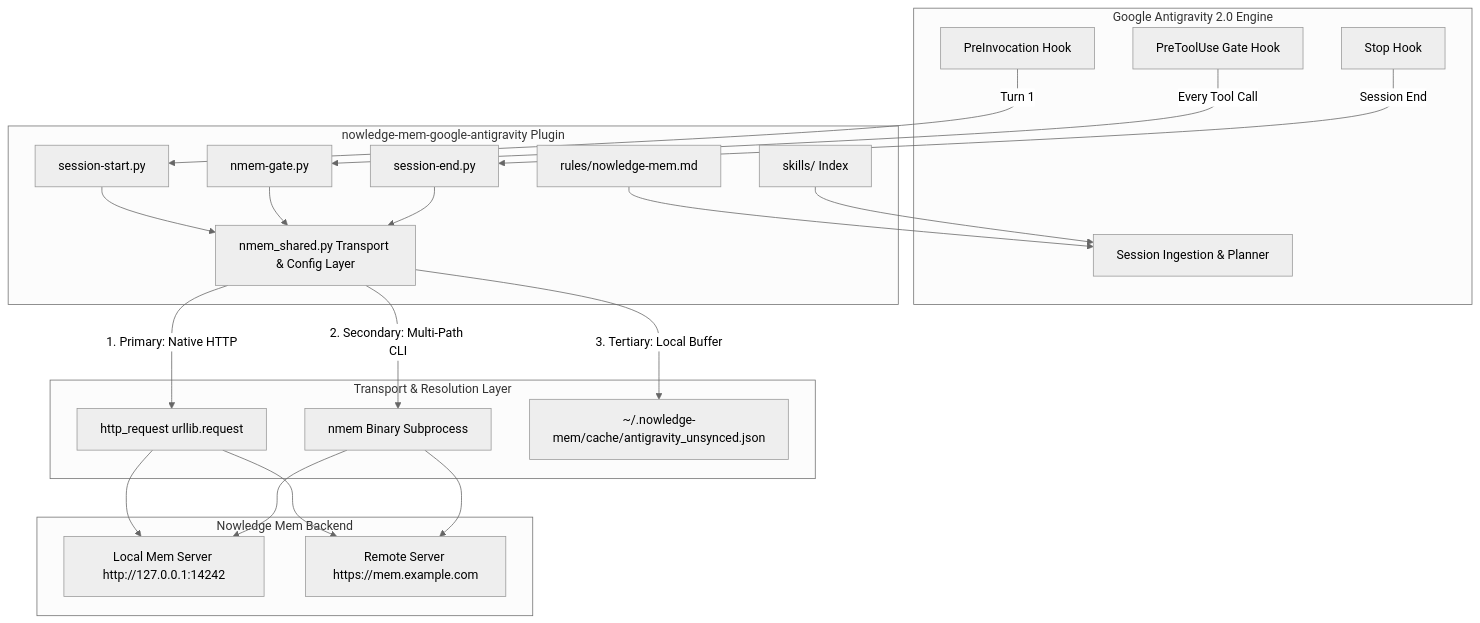
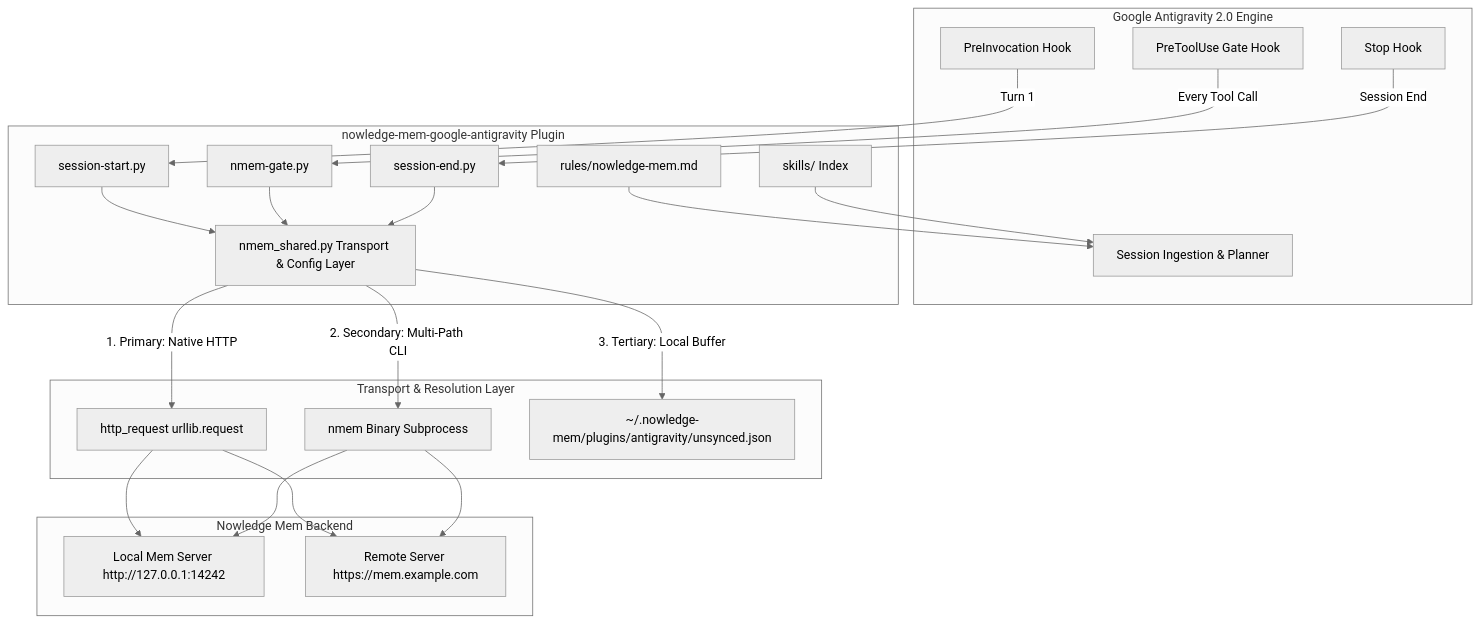
The first of 2 diagrams in ARCHITECTURE.md (nowledge-co/nowledge-mem-google-antigravity), drawn with Mermaid (neutral theme) before and after one commit. The commit also changed other lines of this file and 6 other files, not shown here.

````diff
--- a/ARCHITECTURE.md
+++ b/ARCHITECTURE.md
@@ -11,31 +11,31 @@
 ```mermaid
 flowchart TD
     subgraph Antigravity Engine ["Google Antigravity 2.0 Engine"]
         A[Session Ingestion & Planner]
         B[PreInvocation Hook]
         C[PreToolUse Gate Hook]
         D[Stop Hook]
     end
 
     subgraph Plugin ["nowledge-mem-google-antigravity Plugin"]
         B -->|Turn 1| E[session-start.py]
         C -->|Every Tool Call| F[nmem-gate.py]
         D -->|Session End| G[session-end.py]
 
         E & F & G --> H[nmem_shared.py Transport & Config Layer]
 
         I[rules/nowledge-mem.md] --> A
         J[skills/ Index] --> A
     end
 
     subgraph Transport Layer ["Transport & Resolution Layer"]
         H -->|1. Primary: Native HTTP| K[http_request urllib.request]
         H -->|2. Secondary: Multi-Path CLI| L[nmem Binary Subprocess]
-        H -->|3. Tertiary: Local Buffer| M[~/.nowledge-mem/cache/antigravity_unsynced.json]
+        H -->|3. Tertiary: Local Buffer| M[~/.nowledge-mem/plugins/antigravity/unsynced.json]
     end
 
     subgraph Backend ["Nowledge Mem Backend"]
         K & L --> N[Local Mem Server http://127.0.0.1:14242]
         K & L --> O[Remote Server https://mem.example.com]
     end
 ```
````
